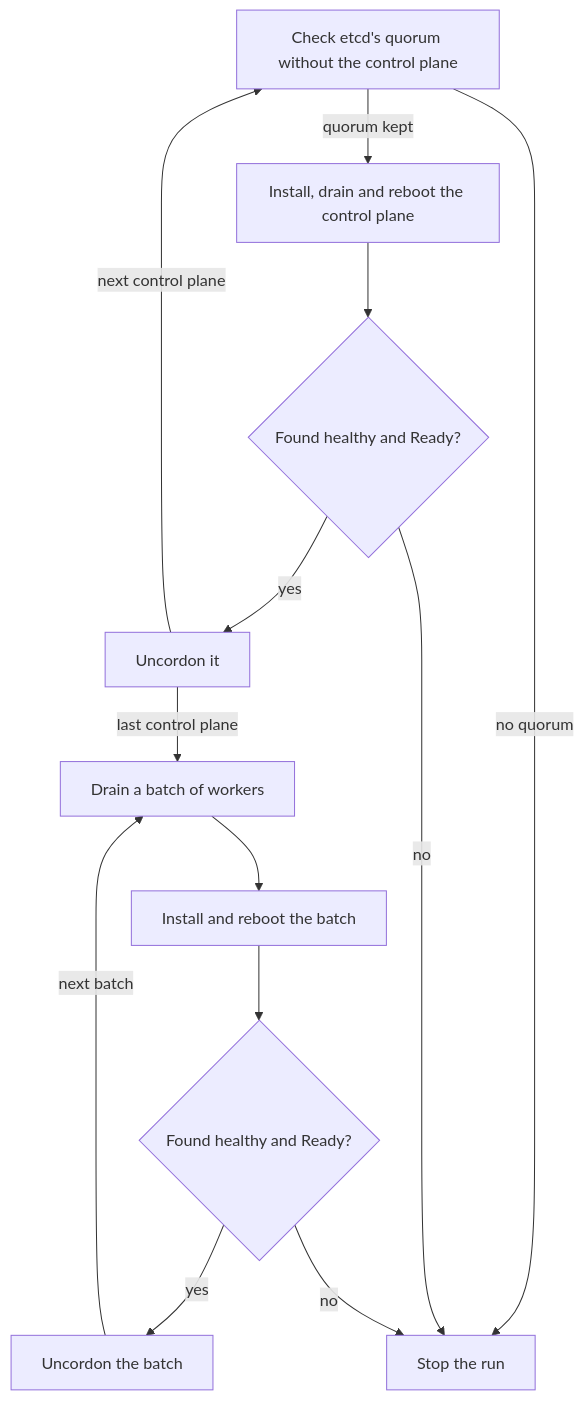
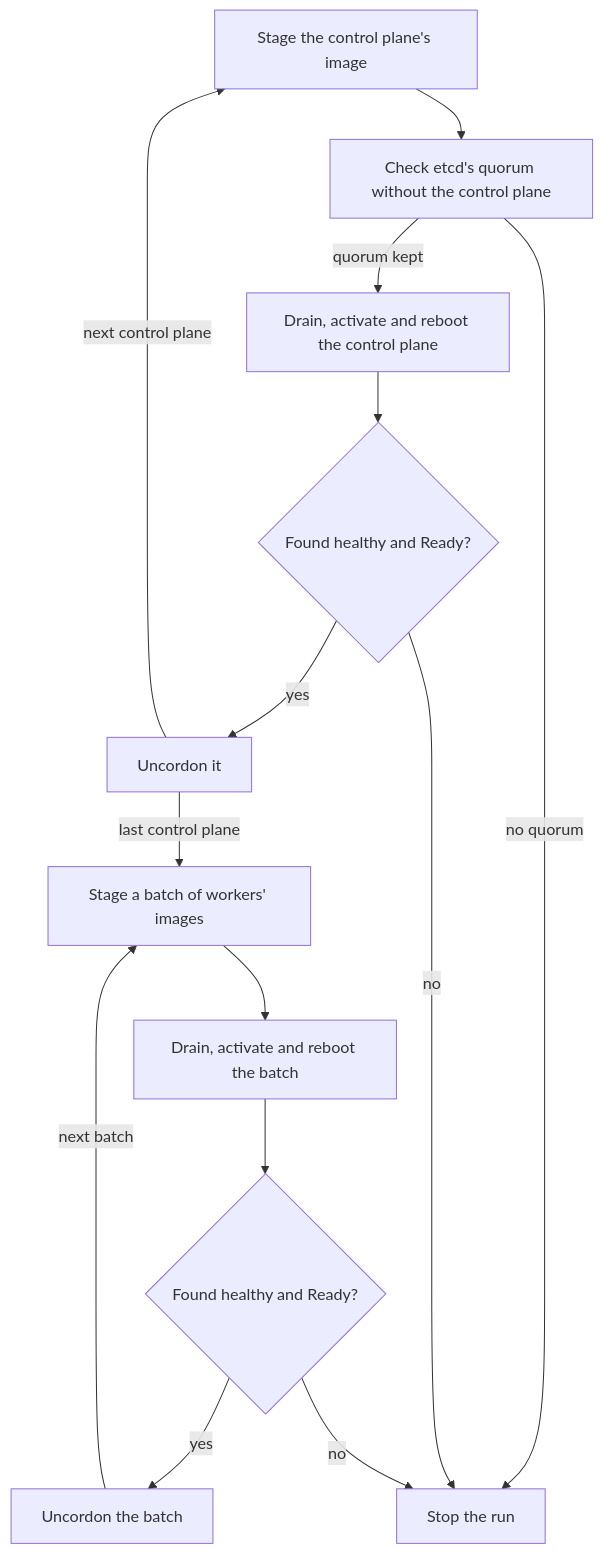
Before and after one commit to trevex/chalkos: the diagram in docs/kubernetes/upgrade-kubernetes.md, drawn with Mermaid. The commit also changed other lines of this file and 12 other files, not shown here.

Commit message:
docs: stage, activate and reboot an upgrade step by step

````diff
--- a/docs/kubernetes/upgrade-kubernetes.md
+++ b/docs/kubernetes/upgrade-kubernetes.md
@@ -68,15 +70,16 @@
 ```mermaid
 flowchart TD
-    guard["Check etcd's quorum without the control plane"] -->|quorum kept| cp["Install, drain and reboot the control plane"]
+    stagecp["Stage the control plane's image"] --> guard["Check etcd's quorum without the control plane"]
+    guard -->|quorum kept| cp["Drain, activate and reboot the control plane"]
     cp --> healthy{"Found healthy and Ready?"}
     healthy -->|yes| uncordon["Uncordon it"]
-    uncordon -->|next control plane| guard
-    uncordon -->|last control plane| batch["Drain a batch of workers"]
-    batch --> install["Install and reboot the batch"]
+    uncordon -->|next control plane| stagecp
+    uncordon -->|last control plane| batch["Stage a batch of workers' images"]
+    batch --> install["Drain, activate and reboot the batch"]
     install --> ready{"Found healthy and Ready?"}
     ready -->|yes| next["Uncordon the batch"]
     next -->|next batch| batch
     guard -->|no quorum| stop["Stop the run"]
     healthy -->|no| stop
     ready -->|no| stop
 ```
````
